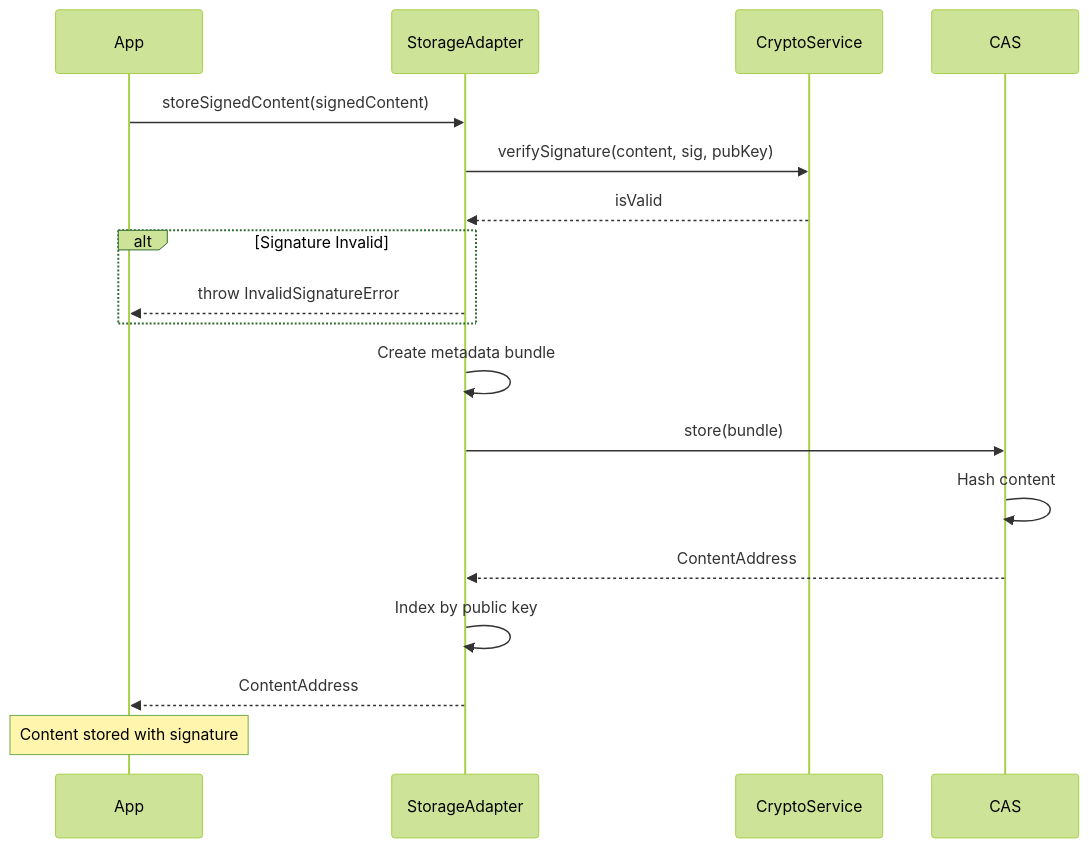
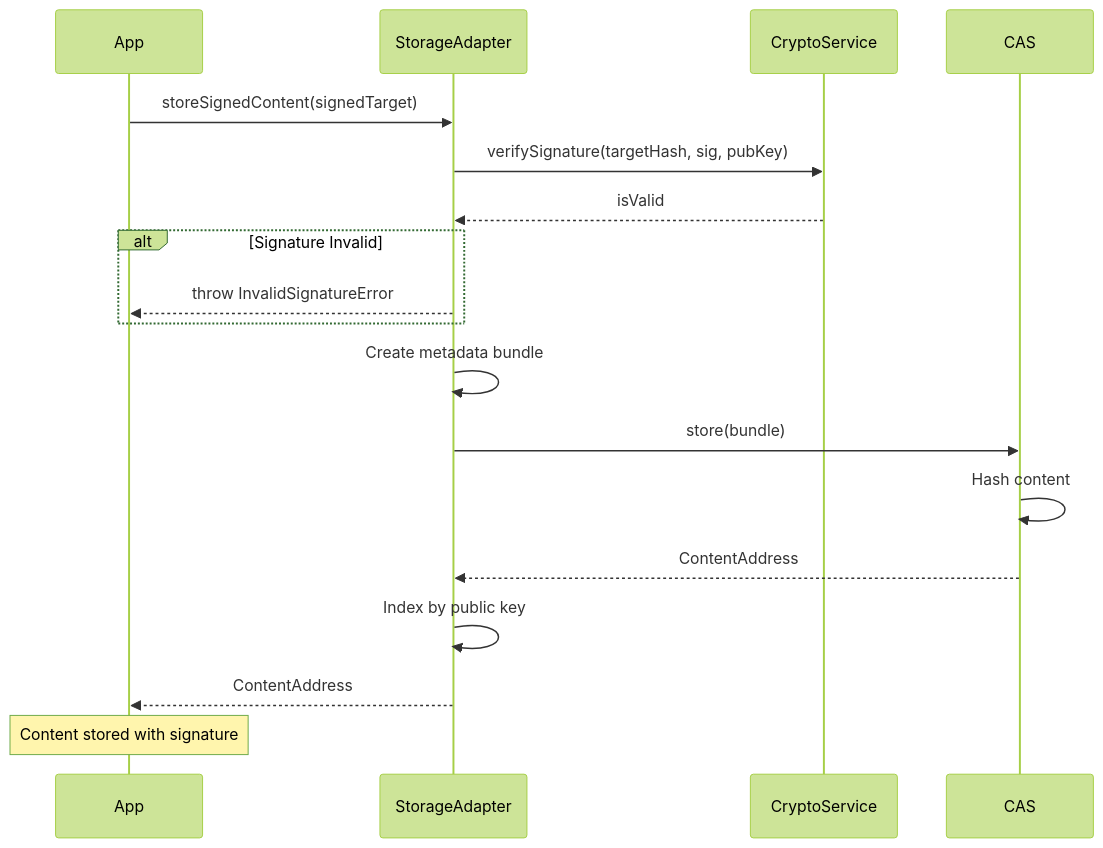
Before and after one commit to o2alexanderfedin/Nolock.social.frontends: the sixth of 19 diagrams in docs/architecture/crypto/integration-contracts.md, drawn with Mermaid (forest theme). The commit also changed other lines of this file and 2 other files, not shown here.

First line of the commit message:
docs: comprehensive architecture documentation review and improvements

````diff
--- a/docs/architecture/crypto/integration-contracts.md
+++ b/docs/architecture/crypto/integration-contracts.md
@@ -186,26 +185,26 @@
 ```mermaid
 sequenceDiagram
     participant App
     participant StorageAdapter
     participant CryptoService
     participant CAS
     
-    App->>StorageAdapter: storeSignedContent(signedContent)
+    App->>StorageAdapter: storeSignedContent(signedTarget)
     
-    StorageAdapter->>CryptoService: verifySignature(content, sig, pubKey)
+    StorageAdapter->>CryptoService: verifySignature(targetHash, sig, pubKey)
     CryptoService-->>StorageAdapter: isValid
     
     alt Signature Invalid
         StorageAdapter-->>App: throw InvalidSignatureError
     end
     
     StorageAdapter->>StorageAdapter: Create metadata bundle
     StorageAdapter->>CAS: store(bundle)
     CAS->>CAS: Hash content
     CAS-->>StorageAdapter: ContentAddress
     
     StorageAdapter->>StorageAdapter: Index by public key
     StorageAdapter-->>App: ContentAddress
     
     Note over App: Content stored with signature
 ```
````
